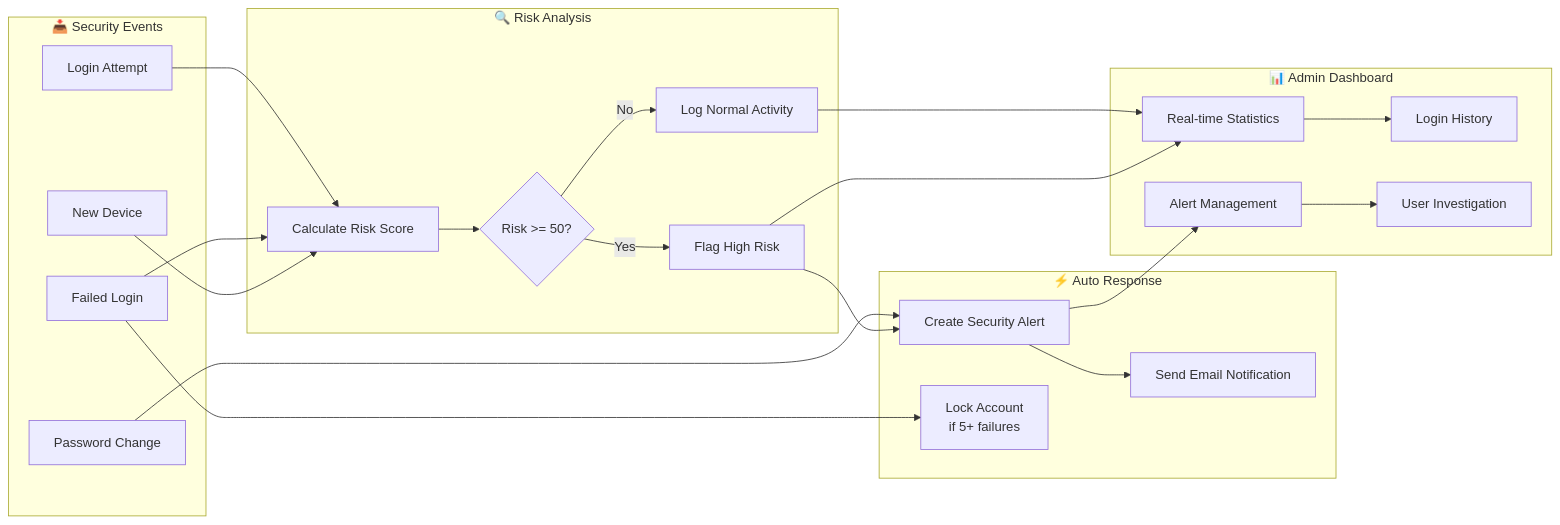
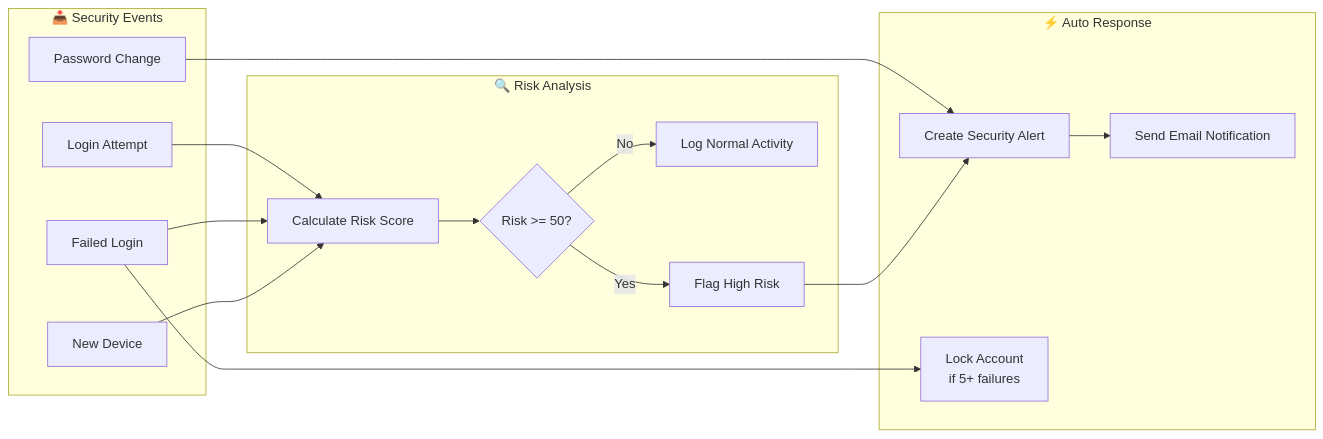
Before and after one commit to qieyl345/Readme: the third of 5 diagrams in README.md, drawn with Mermaid. The commit also changed other lines of this file and 15 other files, not shown here.

````diff
--- a/README.md
+++ b/README.md
@@ -324,45 +326,33 @@
 ```mermaid
 flowchart LR
     subgraph Events["📥 Security Events"]
         E1["Login Attempt"]
         E2["Failed Login"]
         E3["New Device"]
         E4["Password Change"]
     end
 
     subgraph Analysis["🔍 Risk Analysis"]
         A1["Calculate Risk Score"]
         A2{"Risk >= 50?"}
         A3["Log Normal Activity"]
         A4["Flag High Risk"]
     end
 
     subgraph Response["⚡ Auto Response"]
         R1["Create Security Alert"]
         R2["Send Email Notification"]
         R3["Lock Account<br/>if 5+ failures"]
     end
 
-    subgraph Dashboard["📊 Admin Dashboard"]
-        D1["Real-time Statistics"]
-        D2["Login History"]
-        D3["Alert Management"]
-        D4["User Investigation"]
-    end
-
     E1 --> A1
     E2 --> A1
     E3 --> A1
     E4 --> R1
     A1 --> A2
     A2 -->|No| A3
     A2 -->|Yes| A4
     A4 --> R1
     R1 --> R2
     E2 --> R3
-    A3 --> D1
-    A4 --> D1
-    R1 --> D3
-    D1 --> D2
-    D3 --> D4
 ```
````
